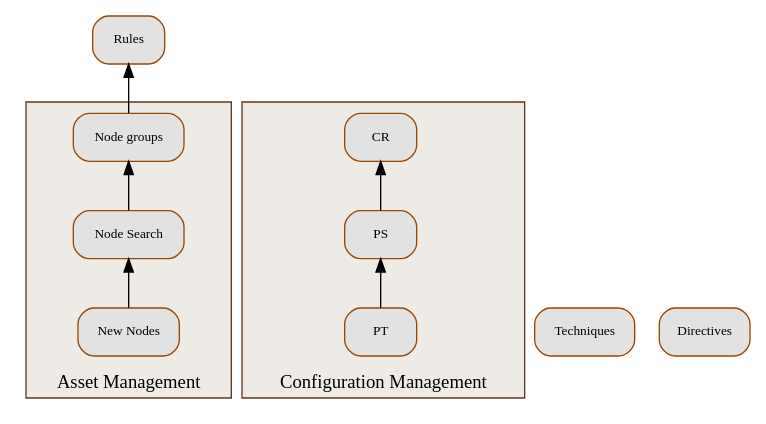
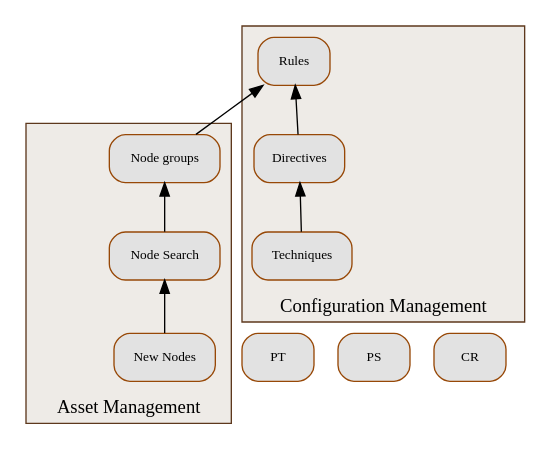
Before and after one commit to Normation/rudder-doc: the diagram in graphviz/concepts.dot, drawn with Graphviz.

Commit message:
issue 2337 correct concept diagram

```diff
--- a/graphviz/concepts.dot
+++ b/graphviz/concepts.dot
@@ -1,44 +1,44 @@
 digraph concepts{
 
 rankdir=BT;
 node [
     shape=Mrecord, 
     style=filled, 
     color="#974807", 
     fillcolor="#e2e2e2",
     fontsize=10
 ];
 NN NS NG PT PS CR ;
 
 NN [label = "New Nodes" ];
 
 NS [label = "Node Search" ];
 
 NG [label = "Node groups"];
 
 TE [label = "Techniques"];
 
 DI [label = "Directives"];
 
 RU [label = "Rules"];
 
 subgraph cluster0 { 
     label="Asset Management"; 
     style=filled;
     color="#5d381d"; 
     fillcolor="#eeebe7";
     NN -> NS ->NG; 
 };
 
 NG -> RU ;
 
 subgraph cluster1 { 
     label="Configuration Management";
     shape="component";
     style="filled";
     color="#5d381d"; 
     fillcolor="#eeebe7";
-    PT -> PS -> CR; 
+    TE -> DI -> RU; 
 };
 
 }
```
